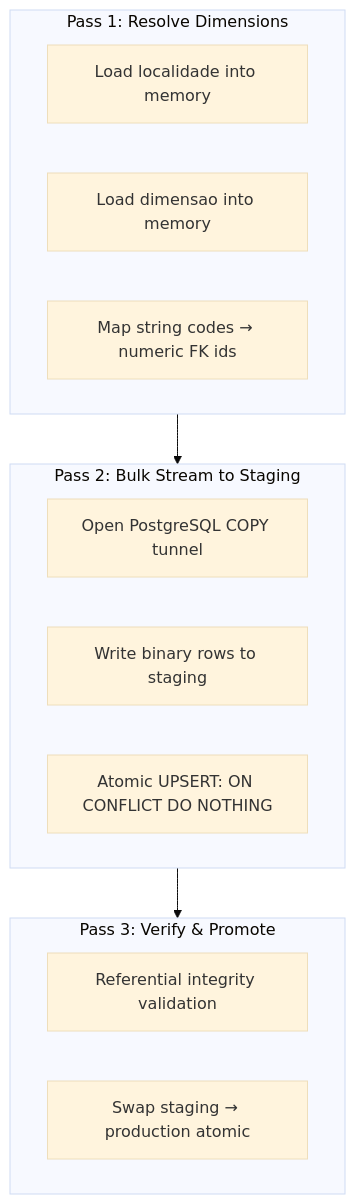
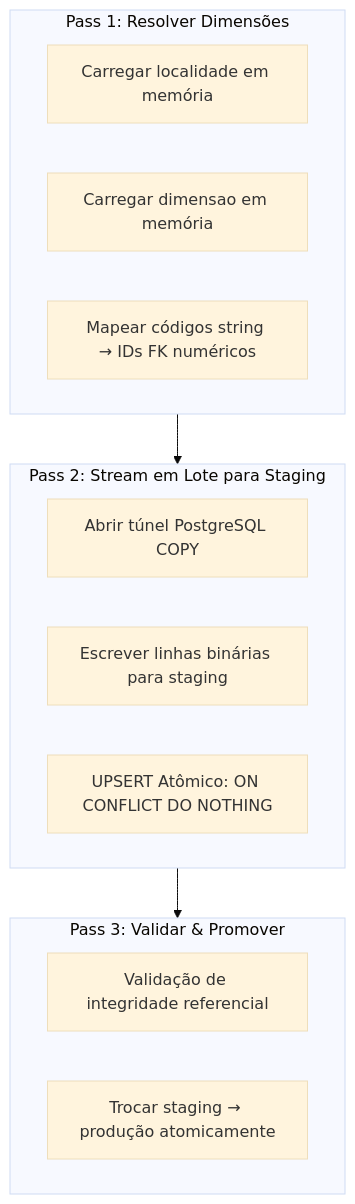
One commit to Quantilica/docs changed the third of 3 diagrams in docs/ibge/sidra-sql.md. Above: the diagram before and after it, drawn with Mermaid (base theme). The commit also changed other lines of this file and 31 other files, not shown here.

````diff
--- a/docs/ibge/sidra-sql.md
+++ b/docs/ibge/sidra-sql.md
@@ -441,22 +441,22 @@
 ```mermaid
 graph TD
-    subgraph P1 [Pass 1: Resolve Dimensions]
-        P1a[Load localidade into memory]
-        P1b[Load dimensao into memory]
-        P1c[Map string codes → numeric FK ids]
+    subgraph P1 [Pass 1: Resolver Dimensões]
+        P1a[Carregar localidade em memória]
+        P1b[Carregar dimensao em memória]
+        P1c[Mapear códigos string → IDs FK numéricos]
     end
 
-    subgraph P2 [Pass 2: Bulk Stream to Staging]
-        P2a[Open PostgreSQL COPY tunnel]
-        P2b[Write binary rows to staging]
-        P2c[Atomic UPSERT: ON CONFLICT DO NOTHING]
+    subgraph P2 [Pass 2: Stream em Lote para Staging]
+        P2a[Abrir túnel PostgreSQL COPY]
+        P2b[Escrever linhas binárias para staging]
+        P2c[UPSERT Atômico: ON CONFLICT DO NOTHING]
     end
 
-    subgraph P3 [Pass 3: Verify & Promote]
-        P3a[Referential integrity validation]
-        P3b[Swap staging → production atomic]
+    subgraph P3 [Pass 3: Validar & Promover]
+        P3a[Validação de integridade referencial]
+        P3b[Trocar staging → produção atomicamente]
     end
 
     P1 --> P2
     P2 --> P3
 ```
````
